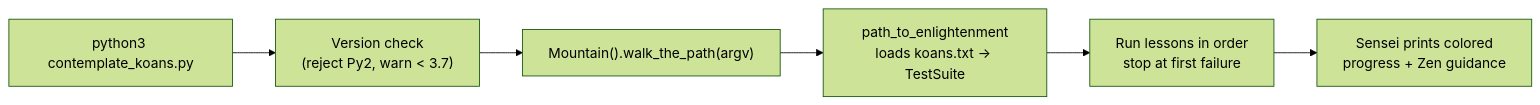
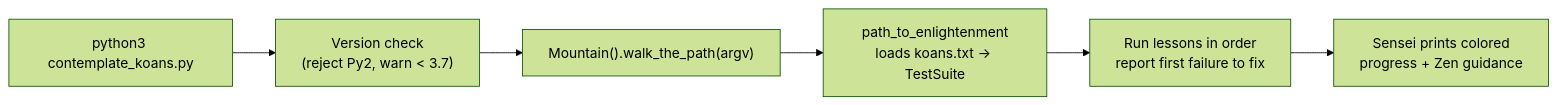
Before and after one commit to lakshya-blitzy/Test_Case_4_Nested_Submodule_Donot_use_main: the second of 2 diagrams in README.md, drawn with Mermaid (forest theme). The commit also changed other lines of this file, not shown here.

````diff
--- a/README.md
+++ b/README.md
@@ -180,8 +181,8 @@
 ```mermaid
 flowchart LR
     A["python3 contemplate_koans.py"] --> B["Version check<br/>(reject Py2, warn < 3.7)"]
     B --> C["Mountain().walk_the_path(argv)"]
     C --> D["path_to_enlightenment<br/>loads koans.txt -> TestSuite"]
-    D --> E["Run lessons in order<br/>stop at first failure"]
+    D --> E["Run lessons in order<br/>report first failure to fix"]
     E --> F["Sensei prints colored<br/>progress + Zen guidance"]
 ```
````
